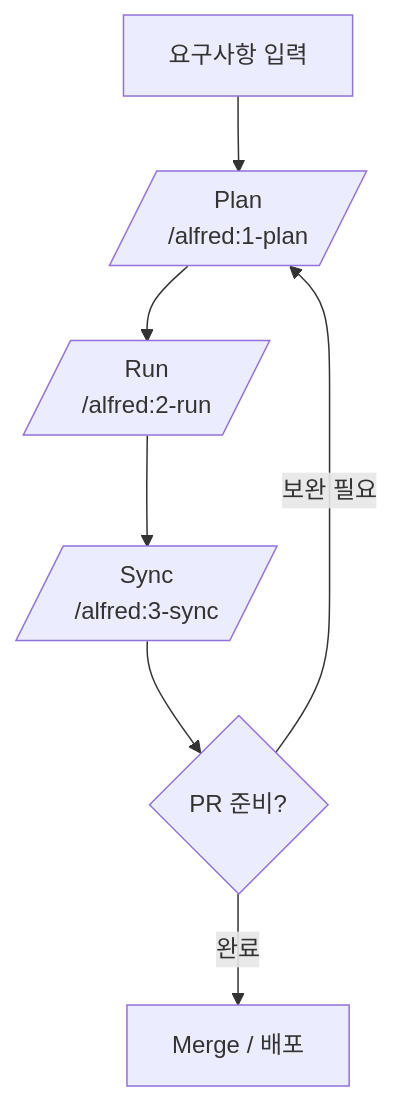
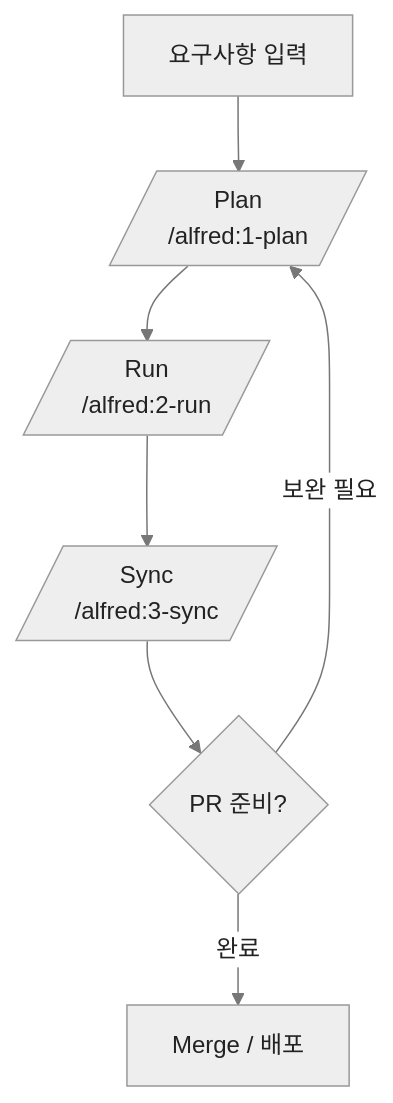
The diagram in docs/pages/workflow.mdx (modu-ai/moai-adk), drawn with Mermaid before and after one commit. The commit also changed other lines of this file and 77 other files, not shown here.

````diff
--- a/docs/pages/workflow.mdx
+++ b/docs/pages/workflow.mdx
@@ -9,9 +12,10 @@
 ```mermaid
+%%{init: {'theme':'neutral','themeVariables':{'primaryColor':'#f0f0f0','primaryBorderColor':'#999999','primaryTextColor':'#333333','secondaryColor':'#ffffff','lineColor':'#777777','textColor':'#222222'}}}%%
 graph TD
     Start[요구사항 입력] --> Plan[/Plan<br/>/alfred:1-plan/]
     Plan --> Run[/Run<br/>/alfred:2-run/]
     Run --> Sync[/Sync<br/>/alfred:3-sync/]
     Sync --> Review{PR 준비?}
     Review -->|보완 필요| Plan
     Review -->|완료| Done[Merge / 배포]
 ```
````
